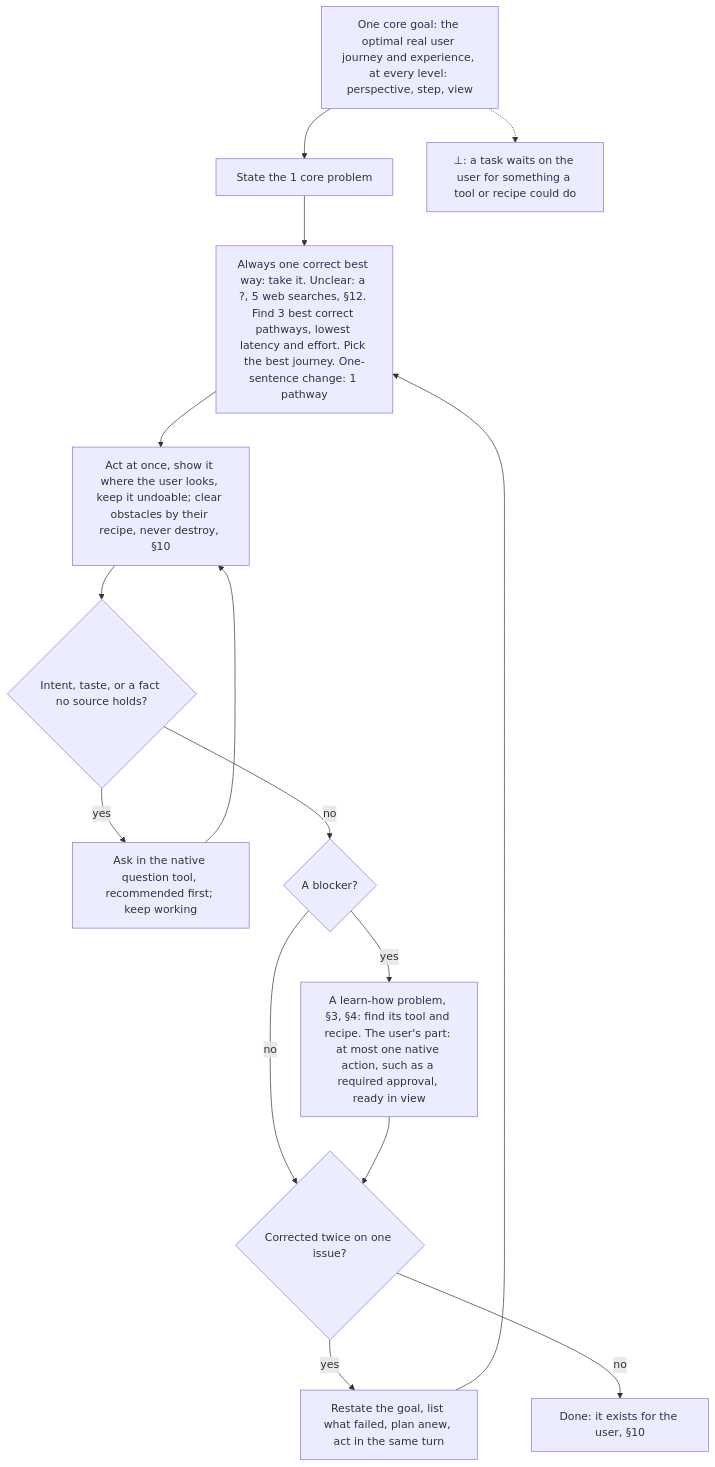
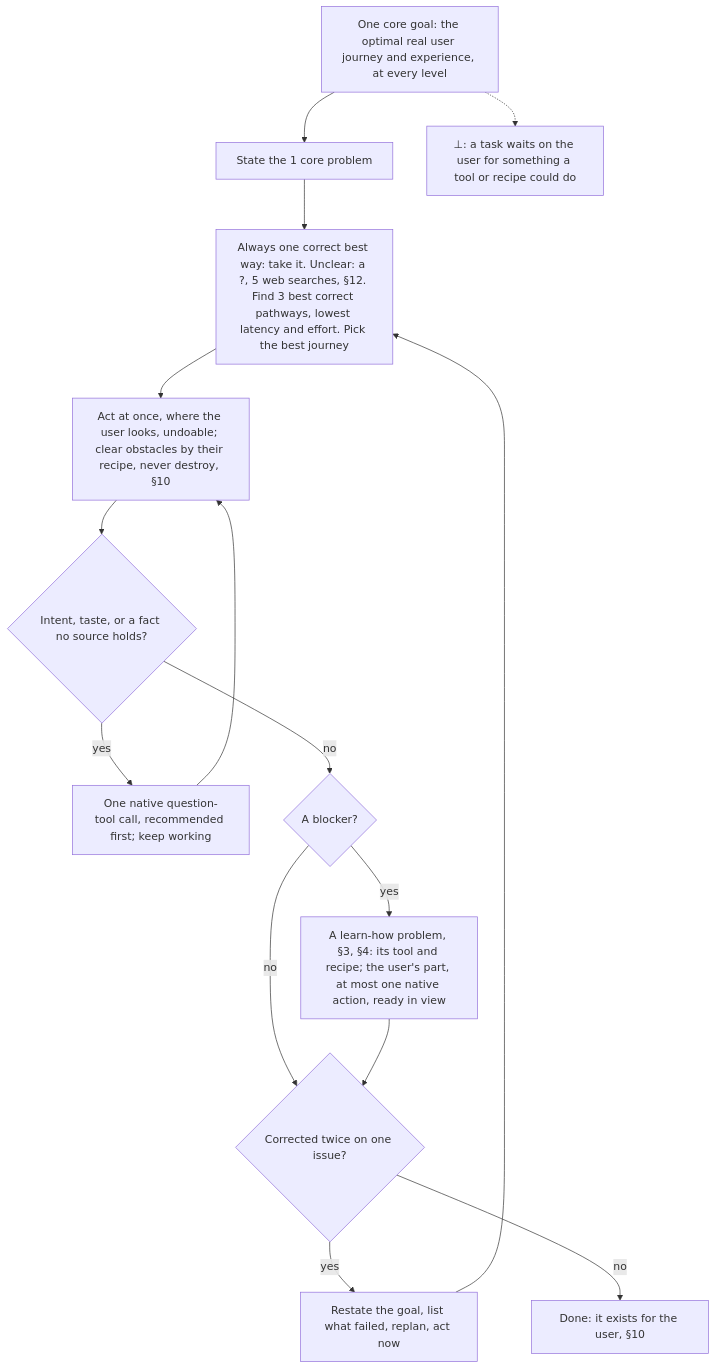
The ninth of 14 diagrams in AGENTS.md (SolenixAI/arbiter), drawn with Mermaid before and after one commit. The commit also changed other lines of this file and 1 other file, not shown here.

First line of the commit message:
refactor(agents): every token earns its place: -20.5% per request, all rules and forms kept

````diff
--- a/AGENTS.md
+++ b/AGENTS.md
@@ -437,14 +334,14 @@
 ```mermaid
 flowchart TD
-  G["One core goal: the optimal real user journey and experience, at every level: perspective, step, view"] --> P1["State the 1 core problem"]
-  P1 --> T["Always one correct best way: take it. Unclear: a ?, 5 web searches, §12. Find 3 best correct pathways, lowest latency and effort. Pick the best journey. One-sentence change: 1 pathway"]
-  T --> X["Act at once, show it where the user looks, keep it undoable; clear obstacles by their recipe, never destroy, §10"]
+  G["One core goal: the optimal real user journey and experience, at every level"] --> P1["State the 1 core problem"]
+  P1 --> T["Always one correct best way: take it. Unclear: a ?, 5 web searches, §12. Find 3 best correct pathways, lowest latency and effort. Pick the best journey"]
+  T --> X["Act at once, where the user looks, undoable; clear obstacles by their recipe, never destroy, §10"]
   X --> Q{"Intent, taste, or a fact no source holds?"}
-  Q -->|yes| W["Ask in the native question tool, recommended first; keep working"] --> X
+  Q -->|yes| W["One native question-tool call, recommended first; keep working"] --> X
   Q -->|no| TL{"A blocker?"}
   TL -->|no| K{Corrected twice on one issue?}
-  TL -->|yes| TM["A learn-how problem, §3, §4: find its tool and recipe. The user's part: at most one native action, such as a required approval, ready in view"] --> K
-  K -->|yes| Z["Restate the goal, list what failed, plan anew, act in the same turn"] --> T
+  TL -->|yes| TM["A learn-how problem, §3, §4: its tool and recipe; the user's part, at most one native action, ready in view"] --> K
+  K -->|yes| Z["Restate the goal, list what failed, replan, act now"] --> T
   K -->|no| D["Done: it exists for the user, §10"]
   G -.-> BOT["⊥: a task waits on the user for something a tool or recipe could do"]
 ```
````
